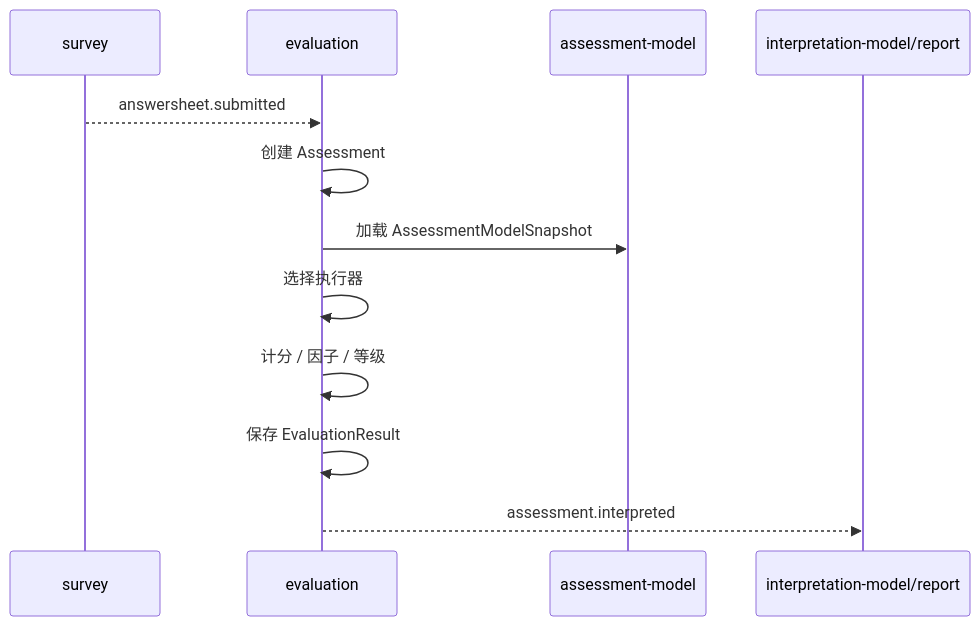
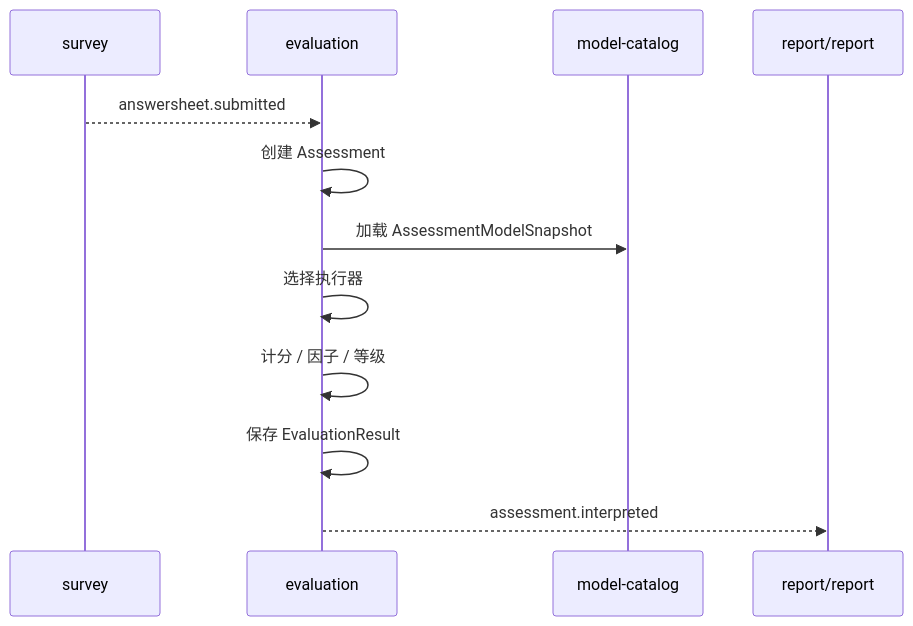
Before and after one commit to FangcunMount/qs-server: the diagram in docs/02-业务模块/30-evaluation/03-测评执行链路.md, drawn with Mermaid. The commit also changed other lines of this file and 500 other files, not shown here.

````diff
--- a/docs/02-业务模块/30-evaluation/03-测评执行链路.md
+++ b/docs/02-业务模块/30-evaluation/03-测评执行链路.md
@@ -30,15 +30,15 @@
 ```mermaid
 sequenceDiagram
     participant S as survey
     participant E as evaluation
-    participant M as assessment-model
-    participant I as interpretation-model/report
+    participant M as model-catalog
+    participant I as report/report
 
     S-->>E: answersheet.submitted
     E->>E: 创建 Assessment
     E->>M: 加载 AssessmentModelSnapshot
     E->>E: 选择执行器
     E->>E: 计分 / 因子 / 等级
     E->>E: 保存 EvaluationResult
     E-->>I: assessment.interpreted
 ```
````
